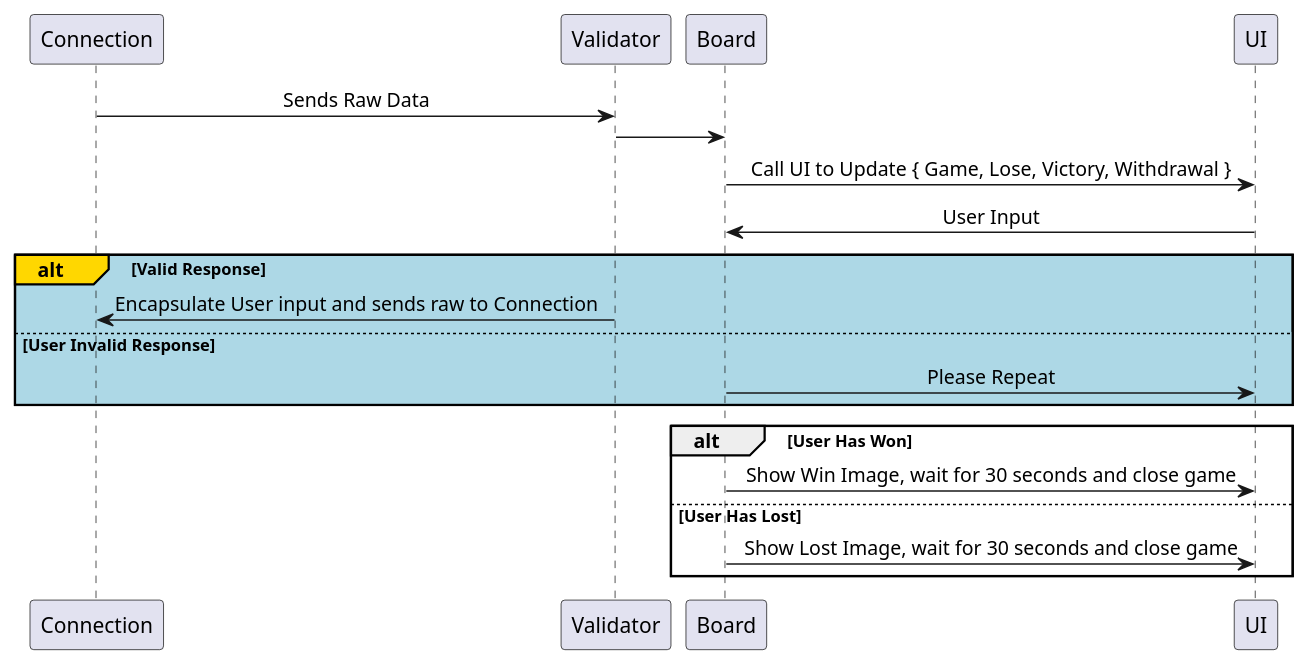
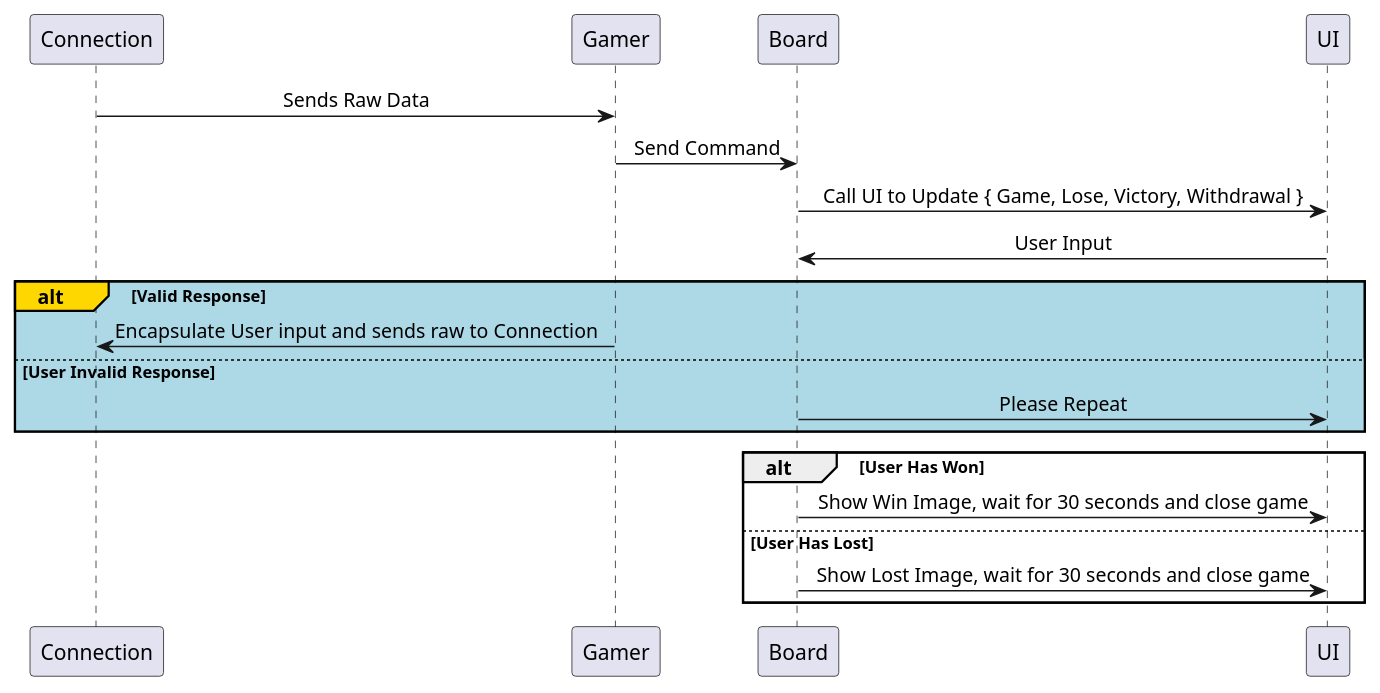
One commit to Beloin/PPDOneLeftGame-RMI changed the diagram in resources/GameSequience.puml. Above: the diagram before and after it, drawn with PlantUML. The commit also changed 17 other files, not shown here.

```diff
--- a/resources/GameSequience.puml
+++ b/resources/GameSequience.puml
@@ -1,26 +1,26 @@
 @startuml GameSequence
 'https://plantuml.com/sequence-diagram
 
 skinparam sequenceMessageAlign center
 
-Connection -> Validator : Sends Raw Data
+Connection -> Gamer : Sends Raw Data
 
-Validator -> Board
+Gamer -> Board : Send Command
 
 Board -> UI : Call UI to Update { Game, Lose, Victory, Withdrawal }
 
 UI -> Board : User Input
 
 alt#Gold #LightBlue Valid Response
-    Validator -> Connection : Encapsulate User input and sends raw to Connection
+    Gamer -> Connection : Encapsulate User input and sends raw to Connection
 else User Invalid Response
     Board -> UI : Please Repeat
 end
 
 alt User Has Won
     Board -> UI : Show Win Image, wait for 30 seconds and close game
 else User Has Lost
     Board -> UI : Show Lost Image, wait for 30 seconds and close game
 end
 
 @enduml
```
